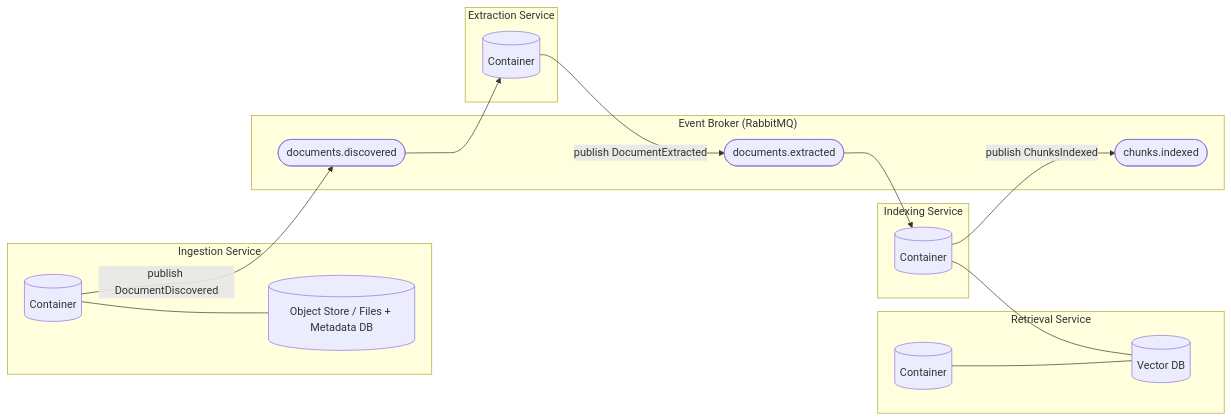
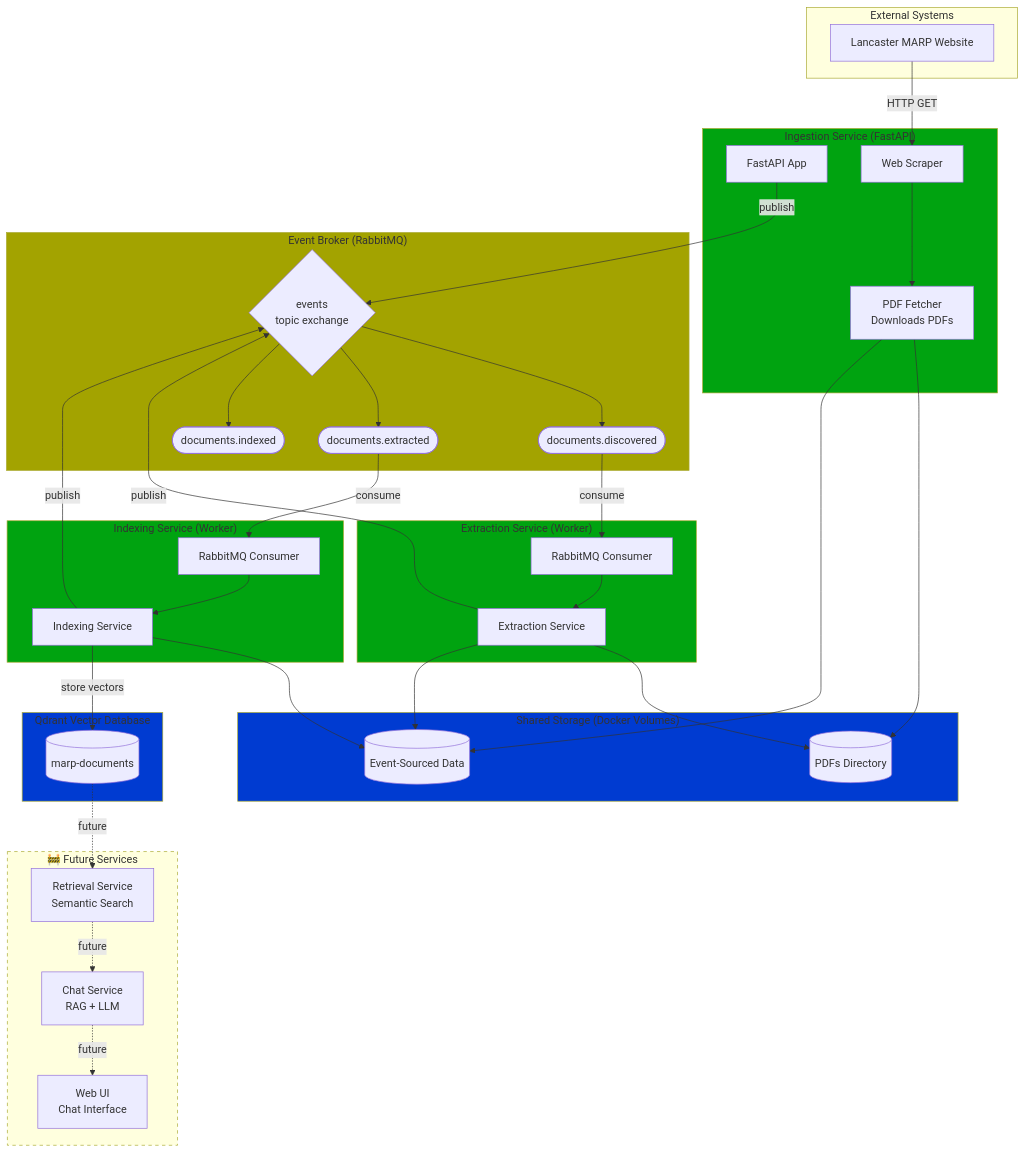
Before and after one commit to Th30utcast/MARP-Guide-AI: the diagram in docs/diagrams/Microservices_Broker.md, drawn with Mermaid. The commit also changed other lines of this file and 4 other files, not shown here.

Commit message:
Refactor documentation: Update diagrams for Ingestion, Extraction, and Microservices architecture; add Technology Stack details

````diff
--- a/docs/diagrams/Microservices_Broker.md
+++ b/docs/diagrams/Microservices_Broker.md
@@ -1,35 +3,75 @@
-``` mermaid
-flowchart LR
-  subgraph Retrieval["Retrieval Service"]
-    RS[(Container)]
-    VDB[(Vector DB)]
+```mermaid
+flowchart TB
+  subgraph External["External Systems"]
+    MARP[Lancaster MARP Website]
   end
 
-  subgraph Indexing["Indexing Service"]
-    IS[(Container)]
+  subgraph Ingestion["Ingestion Service (FastAPI)"]
+    IG[FastAPI App<br/>]
+    Scraper[Web Scraper<br/>]
+    Fetcher[PDF Fetcher<br/>Downloads PDFs]
   end
 
-  subgraph Extraction["Extraction Service"]
-    ES[(Container)]
-  end
-
-  subgraph Ingestion["Ingestion Service"]
-    IG[(Container)]
-    Store[(Object Store / Files + Metadata DB)]
+  subgraph Storage["Shared Storage (Docker Volumes)"]
+    PDFs[(PDFs Directory<br/>)]
+    Events[(Event-Sourced Data<br/>)]
   end
 
   subgraph Broker["Event Broker (RabbitMQ)"]
+    Exchange{events<br/>topic exchange}
     Q1([documents.discovered])
     Q2([documents.extracted])
-    Q3([chunks.indexed])
+    Q3([documents.indexed])
   end
 
-  RS --- VDB
-  IG --- Store
-  IG -->|publish DocumentDiscovered| Q1
-  Q1 --> ES
-  ES -->|publish DocumentExtracted| Q2
-  Q2 --> IS
-  IS --- VDB
-  IS -->|publish ChunksIndexed| Q3
+  subgraph Extraction["Extraction Service (Worker)"]
+    EW[RabbitMQ Consumer<br/>]
+    ES[Extraction Service<br/>]
+  end
+
+  subgraph Indexing["Indexing Service (Worker)"]
+    IW[RabbitMQ Consumer<br/>]
+    IS[Indexing Service<br/>]
+  end
+
+  subgraph VectorDB["Qdrant Vector Database"]
+    VDB[(marp-documents<br/>)]
+  end
+
+  subgraph Future["🚧 Future Services"]
+    Retrieval[Retrieval Service<br/>Semantic Search]
+    Chat[Chat Service<br/>RAG + LLM]
+    UI[Web UI<br/>Chat Interface]
+  end
+
+  MARP -->|HTTP GET| Scraper
+  Scraper --> Fetcher
+  Fetcher --> PDFs
+  Fetcher --> Events
+  IG -->|publish| Exchange
+  Exchange --> Q1
+  Q1 -->|consume| EW
+  EW --> ES
+  ES --> PDFs
+  ES --> Events
+  ES -->|publish| Exchange
+  Exchange --> Q2
+  Q2 -->|consume| IW
+  IW --> IS
+  IS --> Events
+  IS -->|store vectors| VDB
+  IS -->|publish| Exchange
+  Exchange --> Q3
+
+  VDB -.->|future| Retrieval
+  Retrieval -.->|future| Chat
+  Chat -.->|future| UI
+
+  style Ingestion fill:#00A310
+  style Extraction fill:#00A310
+  style Indexing fill:#00A310
+  style Broker fill:#A3A300
+  style Storage fill:#003BD1
+  style VectorDB fill:#003BD1
+  style Future fill:,stroke-dasharray: 5 5
 ```
````
